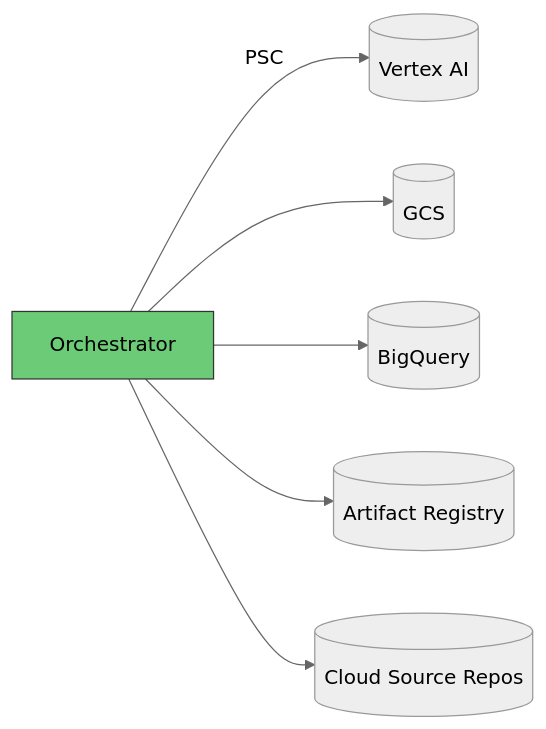
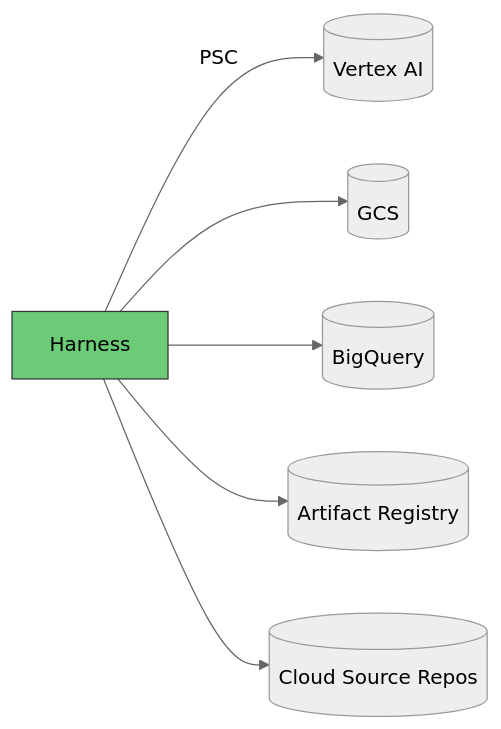
Before and after one commit to prashantkul/anthropic-mythos-on-gcp: the second of 2 diagrams in options/gce-docker.md, drawn with Mermaid (neutral theme). The commit also changed other lines of this file and 4 other files, not shown here.

````diff
--- a/options/gce-docker.md
+++ b/options/gce-docker.md
@@ -31,10 +31,10 @@
 ```mermaid
 graph LR
-    ORCH[Orchestrator] -->|PSC| VTXAI[(Vertex AI)]
+    ORCH[Harness] -->|PSC| VTXAI[(Vertex AI)]
     ORCH --> GCS[(GCS)]
     ORCH --> BQ[(BigQuery)]
     ORCH --> AR[(Artifact Registry)]
     ORCH --> CSR[(Cloud Source Repos)]
 
     style ORCH fill:#6bcb77,stroke:#333
 ```
````
